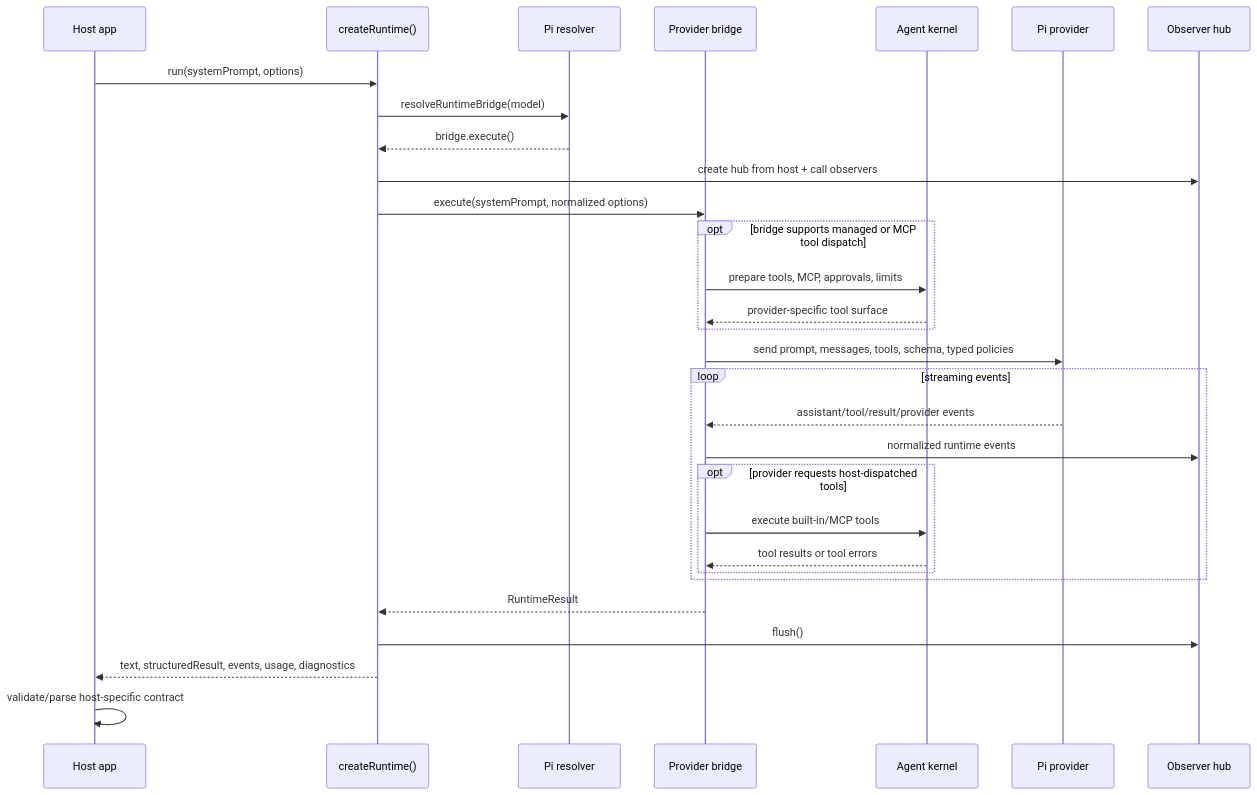
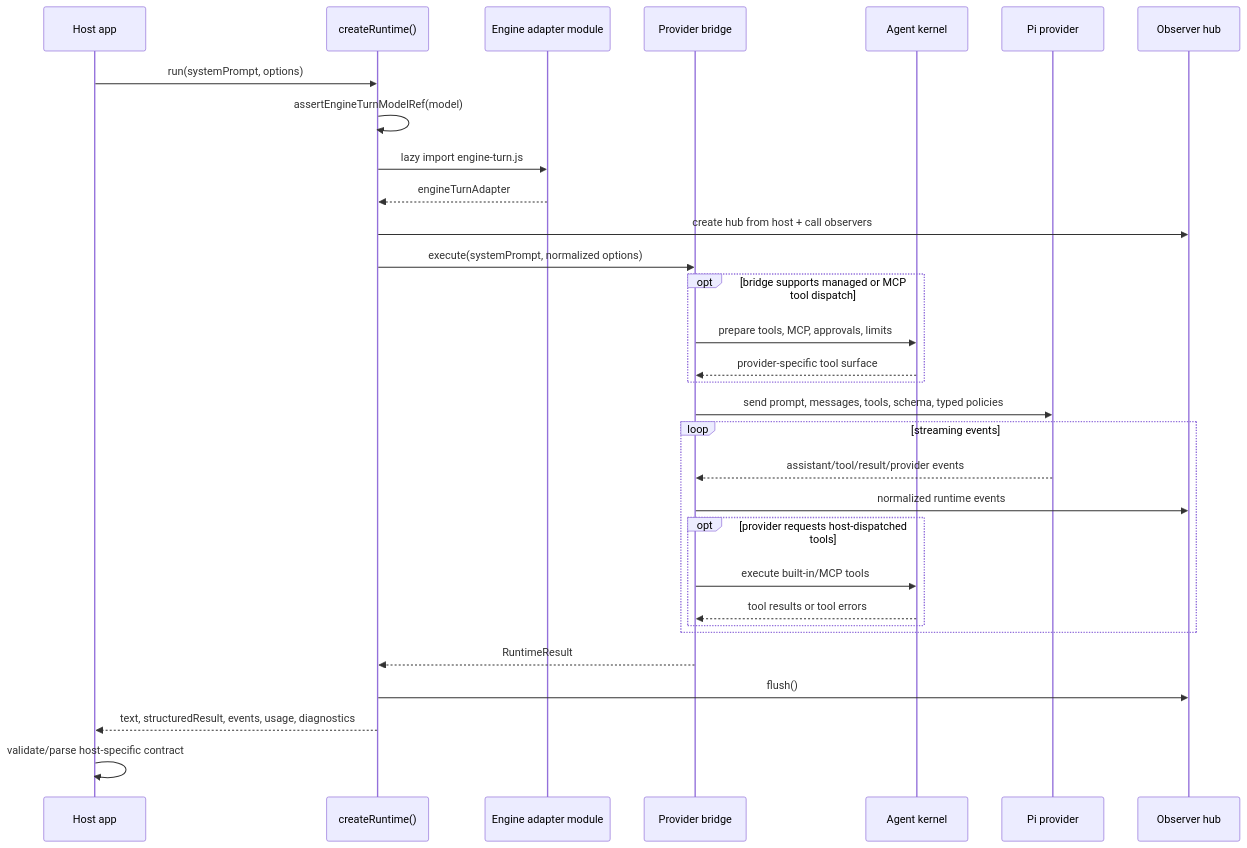
Before and after one commit to robertsreberski/mono-agent: the third of 5 diagrams in packages/agent-runtime/ARCHITECTURE.md, drawn with Mermaid. The commit also changed other lines of this file and 104 other files, not shown here.

First line of the commit message:
refactor(runtime): name the engine turn adapter and dispatch it directly (#1270)

````diff
--- a/packages/agent-runtime/ARCHITECTURE.md
+++ b/packages/agent-runtime/ARCHITECTURE.md
@@ -142,36 +143,37 @@
 ```mermaid
 sequenceDiagram
   participant Host as Host app
   participant Runtime as createRuntime()
-  participant Registry as Pi resolver
+  participant AdapterModule as Engine adapter module
   participant Bridge as Provider bridge
   participant Kernel as Agent kernel
   participant Provider as Pi provider
   participant Observer as Observer hub
 
   Host->>Runtime: run(systemPrompt, options)
-  Runtime->>Registry: resolveRuntimeBridge(model)
-  Registry-->>Runtime: bridge.execute()
+  Runtime->>Runtime: assertEngineTurnModelRef(model)
+  Runtime->>AdapterModule: lazy import engine-turn.js
+  AdapterModule-->>Runtime: engineTurnAdapter
   Runtime->>Observer: create hub from host + call observers
   Runtime->>Bridge: execute(systemPrompt, normalized options)
 
   opt bridge supports managed or MCP tool dispatch
     Bridge->>Kernel: prepare tools, MCP, approvals, limits
     Kernel-->>Bridge: provider-specific tool surface
   end
   Bridge->>Provider: send prompt, messages, tools, schema, typed policies
 
   loop streaming events
     Provider-->>Bridge: assistant/tool/result/provider events
     Bridge->>Observer: normalized runtime events
     opt provider requests host-dispatched tools
       Bridge->>Kernel: execute built-in/MCP tools
       Kernel-->>Bridge: tool results or tool errors
     end
   end
 
   Bridge-->>Runtime: RuntimeResult
   Runtime->>Observer: flush()
   Runtime-->>Host: text, structuredResult, events, usage, diagnostics
   Host->>Host: validate/parse host-specific contract
 ```
````
